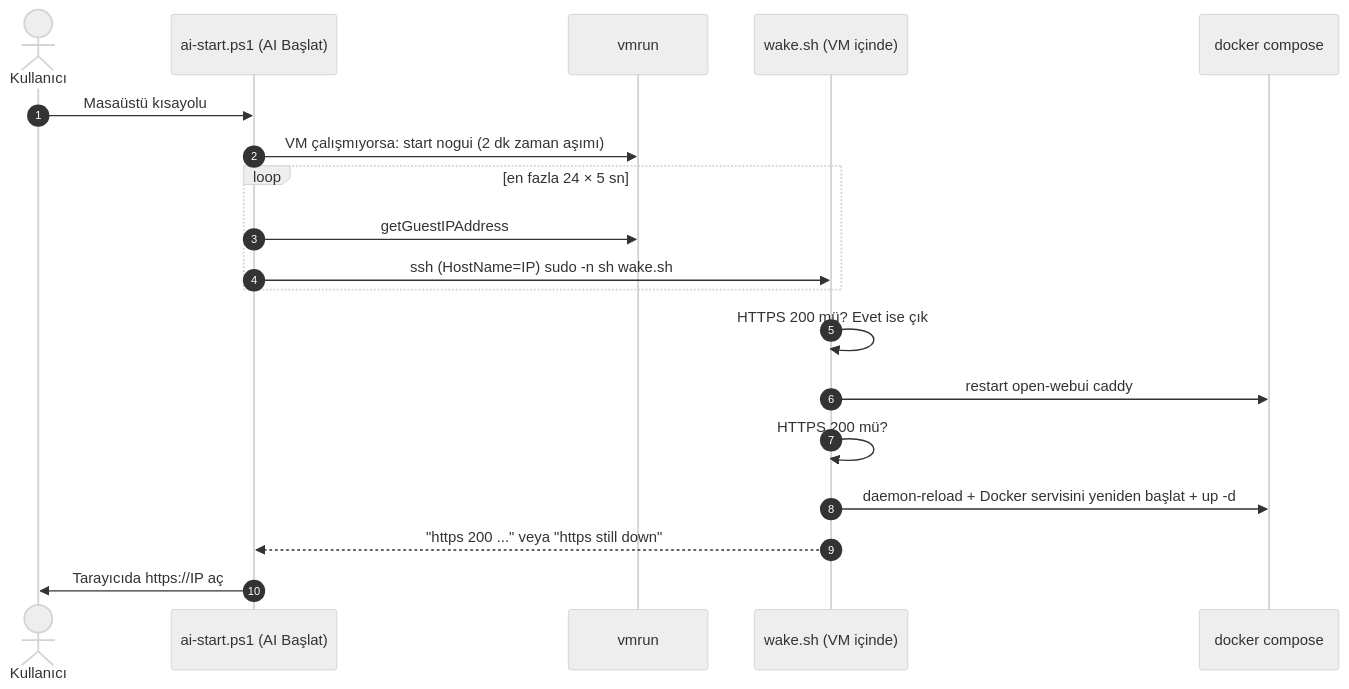
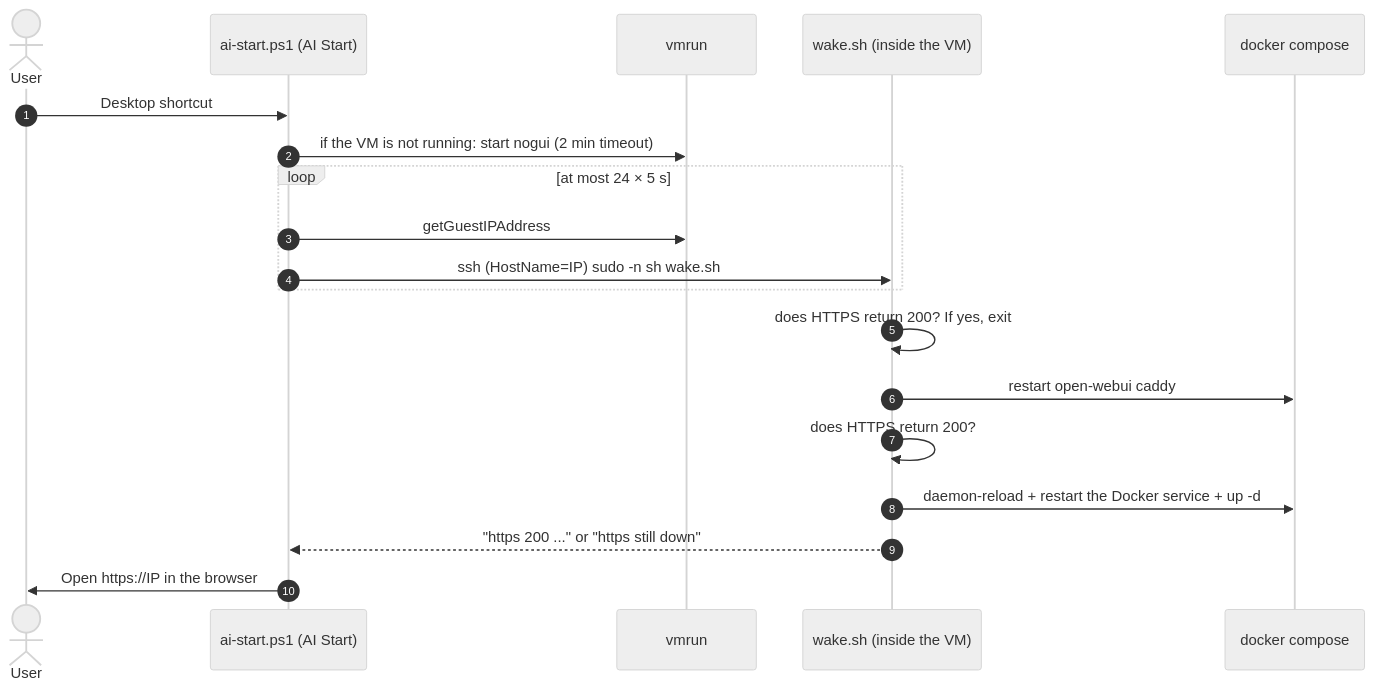
The fifth of 5 diagrams in docs/architecture.md (emreyigit-tasdelen/Sensei-Aruba), drawn with Mermaid (neutral theme) before and after one commit. The commit also changed other lines of this file and 16 other files, not shown here.

````diff
--- a/docs/architecture.md
+++ b/docs/architecture.md
@@ -217,22 +221,22 @@
 ```mermaid
 sequenceDiagram
     autonumber
-    actor U as Kullanıcı
-    participant S as ai-start.ps1 (AI Başlat)
+    actor U as User
+    participant S as ai-start.ps1 (AI Start)
     participant V as vmrun
-    participant W as wake.sh (VM içinde)
+    participant W as wake.sh (inside the VM)
     participant C as docker compose
 
-    U->>S: Masaüstü kısayolu
-    S->>V: VM çalışmıyorsa: start nogui (2 dk zaman aşımı)
-    loop en fazla 24 × 5 sn
+    U->>S: Desktop shortcut
+    S->>V: if the VM is not running: start nogui (2 min timeout)
+    loop at most 24 × 5 s
         S->>V: getGuestIPAddress
         S->>W: ssh (HostName=IP) sudo -n sh wake.sh
     end
-    W->>W: HTTPS 200 mü? Evet ise çık
+    W->>W: does HTTPS return 200? If yes, exit
     W->>C: restart open-webui caddy
-    W->>W: HTTPS 200 mü?
-    W->>C: daemon-reload + Docker servisini yeniden başlat + up -d
-    W-->>S: "https 200 ..." veya "https still down"
-    S->>U: Tarayıcıda https://IP aç
+    W->>W: does HTTPS return 200?
+    W->>C: daemon-reload + restart the Docker service + up -d
+    W-->>S: "https 200 ..." or "https still down"
+    S->>U: Open https://IP in the browser
 ```
````
